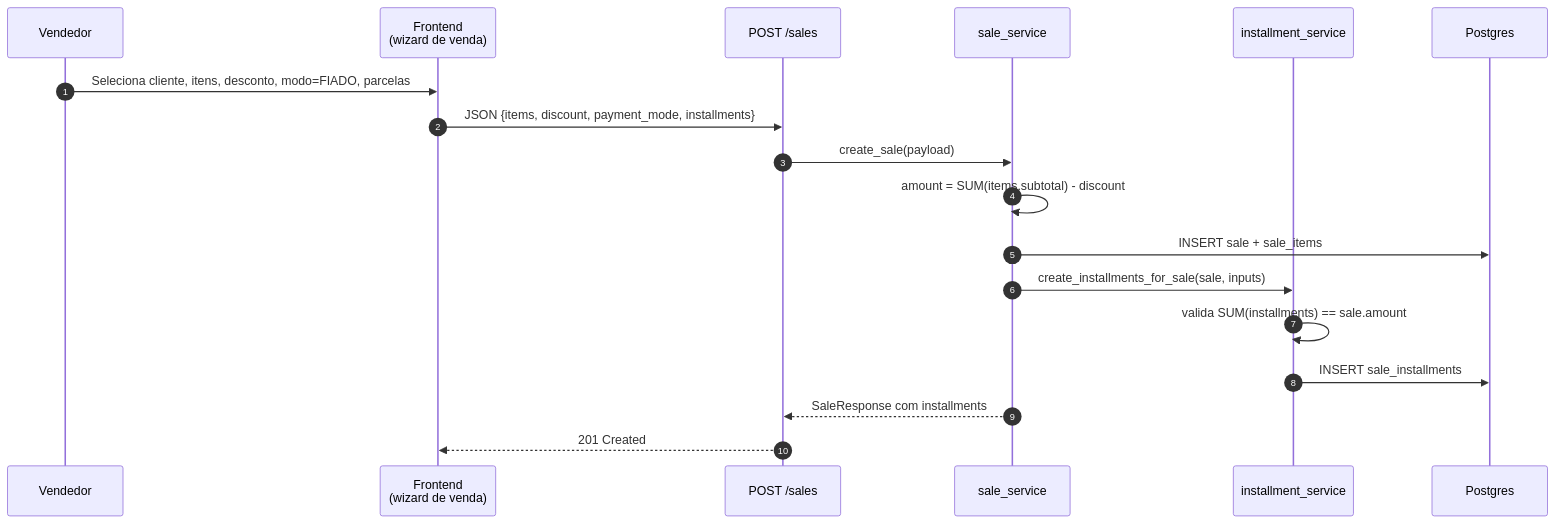
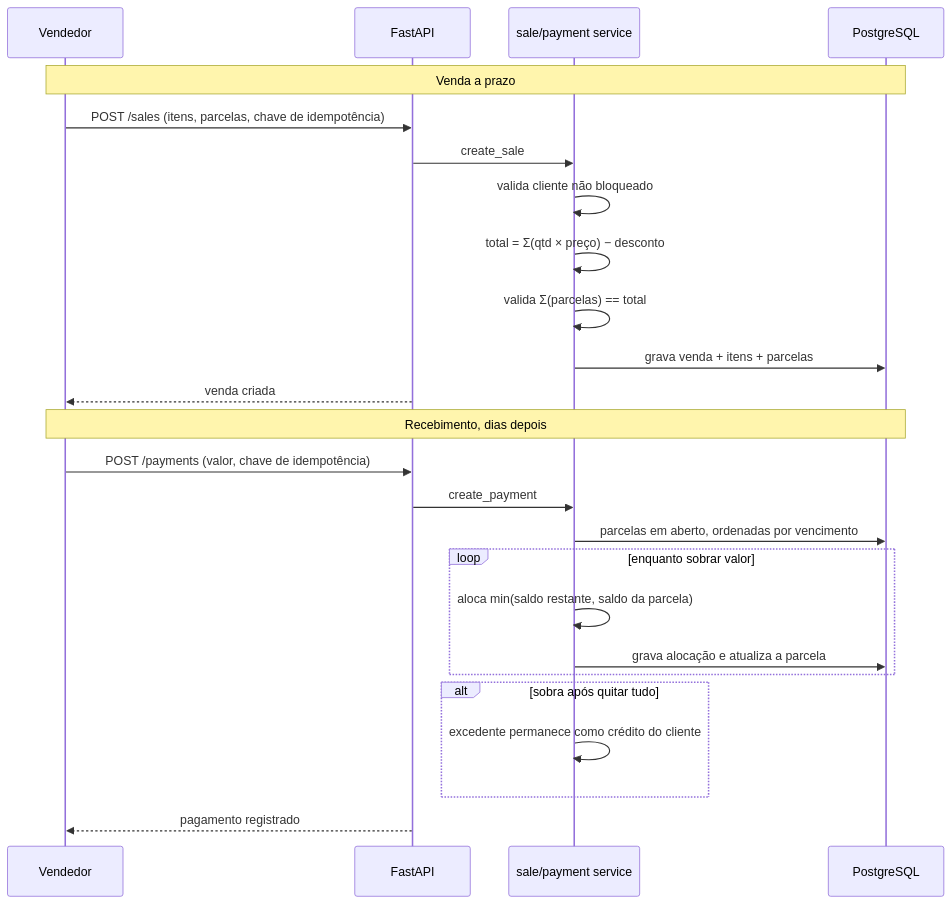
One commit to Ednaniajundiai/RotaVenda-Portfolio changed the third of 5 diagrams in ARCHITECTURE.md. Above: the diagram before and after it, drawn with Mermaid. The commit also changed other lines of this file and 185 other files, not shown here.

````diff
--- a/ARCHITECTURE.md
+++ b/ARCHITECTURE.md
@@ -141,21 +110,29 @@
 ```mermaid
 sequenceDiagram
-    autonumber
-    participant U as Vendedor
-    participant F as Frontend<br/>(wizard de venda)
-    participant A as POST /sales
-    participant S as sale_service
-    participant I as installment_service
-    participant DB as Postgres
+    participant V as Vendedor
+    participant API as FastAPI
+    participant S as sale/payment service
+    participant DB as PostgreSQL
 
-    U->>F: Seleciona cliente, itens, desconto, modo=FIADO, parcelas
-    F->>A: JSON {items, discount, payment_mode, installments}
-    A->>S: create_sale(payload)
-    S->>S: amount = SUM(items.subtotal) - discount
-    S->>DB: INSERT sale + sale_items
-    S->>I: create_installments_for_sale(sale, inputs)
-    I->>I: valida SUM(installments) == sale.amount
-    I->>DB: INSERT sale_installments
-    S-->>A: SaleResponse com installments
-    A-->>F: 201 Created
+    Note over V,DB: Venda a prazo
+    V->>API: POST /sales (itens, parcelas, chave de idempotência)
+    API->>S: create_sale
+    S->>S: valida cliente não bloqueado
+    S->>S: total = Σ(qtd × preço) − desconto
+    S->>S: valida Σ(parcelas) == total
+    S->>DB: grava venda + itens + parcelas
+    API-->>V: venda criada
+
+    Note over V,DB: Recebimento, dias depois
+    V->>API: POST /payments (valor, chave de idempotência)
+    API->>S: create_payment
+    S->>DB: parcelas em aberto, ordenadas por vencimento
+    loop enquanto sobrar valor
+        S->>S: aloca min(saldo restante, saldo da parcela)
+        S->>DB: grava alocação e atualiza a parcela
+    end
+    alt sobra após quitar tudo
+        S->>S: excedente permanece como crédito do cliente
+    end
+    API-->>V: pagamento registrado
 ```
````
